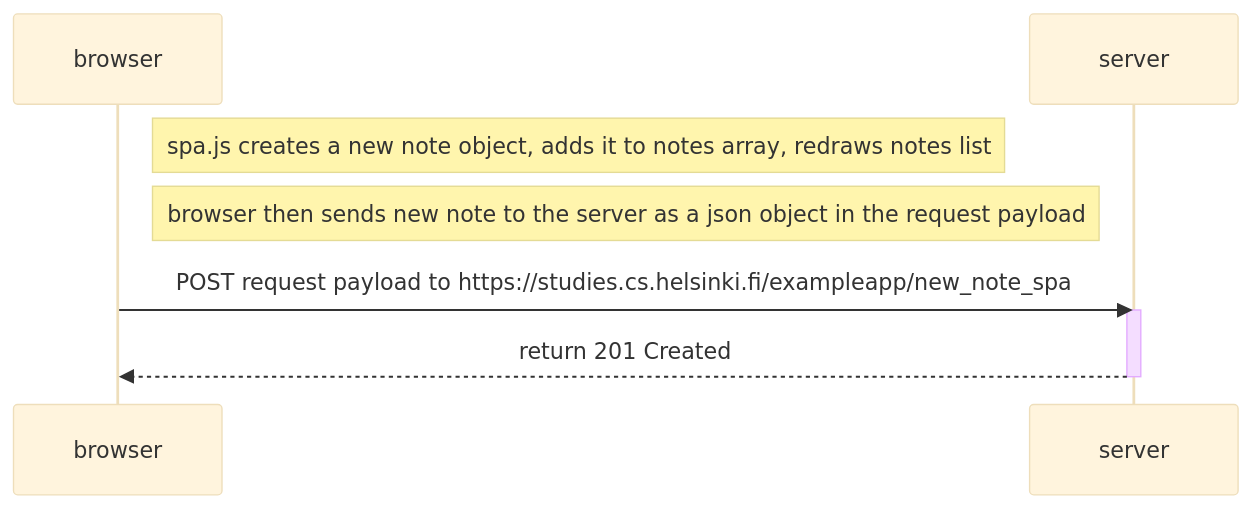
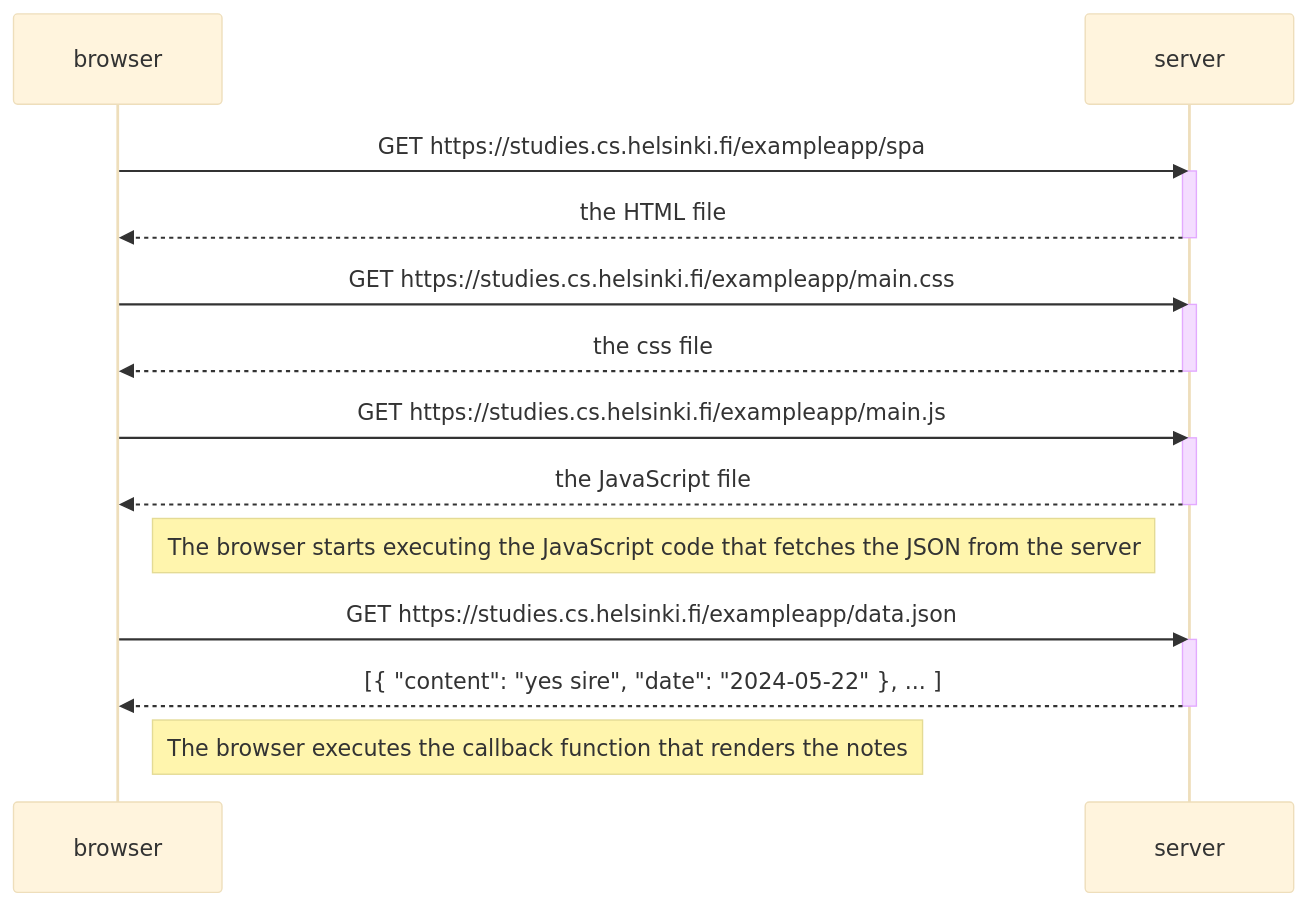
The diagram in part0/5.md (sethcoast/fullstackopen), drawn with Mermaid (base theme) before and after one commit. The commit also changed 1 other file, not shown here.

````diff
--- a/part0/5.md
+++ b/part0/5.md
@@ -1,13 +1,29 @@
 ```mermaid
 sequenceDiagram
     participant browser
     participant server
 
-    Note right of browser: spa.js creates a new note object, adds it to notes array, redraws notes list
-    Note right of browser: browser then sends new note to the server as a json object in the request payload
+    browser->>server: GET https://studies.cs.helsinki.fi/exampleapp/spa
+    activate server
+    server-->>browser: the HTML file
+    deactivate server
 
-    browser->>server: POST request payload to https://studies.cs.helsinki.fi/exampleapp/new_note_spa
+    browser->>server: GET https://studies.cs.helsinki.fi/exampleapp/main.css
     activate server
-    server-->>browser: return 201 Created
+    server-->>browser: the css file
     deactivate server
+
+    browser->>server: GET https://studies.cs.helsinki.fi/exampleapp/main.js
+    activate server
+    server-->>browser: the JavaScript file
+    deactivate server
+
+    Note right of browser: The browser starts executing the JavaScript code that fetches the JSON from the server
+
+    browser->>server: GET https://studies.cs.helsinki.fi/exampleapp/data.json
+    activate server
+    server-->>browser: [{ "content": "yes sire", "date": "2024-05-22" }, ... ]
+    deactivate server
+
+    Note right of browser: The browser executes the callback function that renders the notes
 ```    
````
